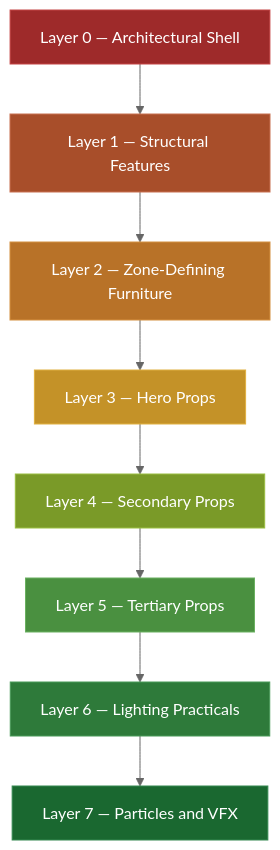
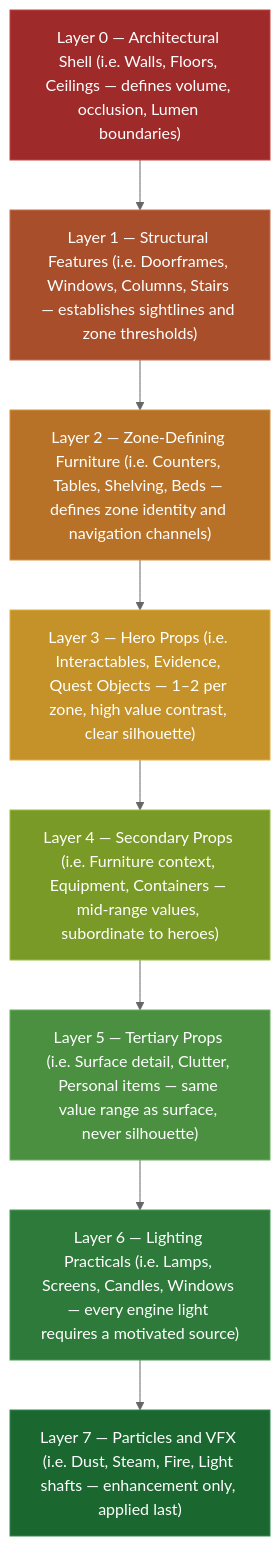
Before and after one commit to nmcguinness/L8-3DGD-Module-Content: the diagram in Notes/interior_level_design.md, drawn with Mermaid (neutral theme).

````diff
--- a/Notes/interior_level_design.md
+++ b/Notes/interior_level_design.md
@@ -254,22 +254,22 @@
 ```mermaid
 flowchart TD
-    L0["Layer 0 — Architectural Shell"]
-    L1["Layer 1 — Structural Features"]
-    L2["Layer 2 — Zone-Defining Furniture"]
-    L3["Layer 3 — Hero Props"]
-    L4["Layer 4 — Secondary Props"]
-    L5["Layer 5 — Tertiary Props"]
-    L6["Layer 6 — Lighting Practicals"]
-    L7["Layer 7 — Particles and VFX"]
+ L0["Layer 0 — Architectural Shell (i.e. Walls, Floors, Ceilings — defines volume, occlusion, Lumen boundaries)"]
+    L1["Layer 1 — Structural Features (i.e. Doorframes, Windows, Columns, Stairs — establishes sightlines and zone thresholds)"]
+    L2["Layer 2 — Zone-Defining Furniture (i.e. Counters, Tables, Shelving, Beds — defines zone identity and navigation channels)"]
+    L3["Layer 3 — Hero Props (i.e. Interactables, Evidence, Quest Objects — 1–2 per zone, high value contrast, clear silhouette)"]
+    L4["Layer 4 — Secondary Props (i.e. Furniture context, Equipment, Containers — mid-range values, subordinate to heroes)"]
+    L5["Layer 5 — Tertiary Props (i.e. Surface detail, Clutter, Personal items — same value range as surface, never silhouette)"]
+    L6["Layer 6 — Lighting Practicals (i.e. Lamps, Screens, Candles, Windows — every engine light requires a motivated source)"]
+    L7["Layer 7 — Particles and VFX (i.e. Dust, Steam, Fire, Light shafts — enhancement only, applied last)"]
 
     L0 --> L1 --> L2 --> L3 --> L4 --> L5 --> L6 --> L7
 
   style L0 fill:#9E2A2A,color:#ffffff,stroke:#C44444
     style L1 fill:#A84E2A,color:#ffffff,stroke:#C87050
     style L2 fill:#B87228,color:#ffffff,stroke:#D49040
     style L3 fill:#C49228,color:#ffffff,stroke:#E0B040
     style L4 fill:#7A9A28,color:#ffffff,stroke:#9ABE40
     style L5 fill:#4A9040,color:#ffffff,stroke:#6AB060
     style L6 fill:#2E7A3A,color:#ffffff,stroke:#489A58
     style L7 fill:#1A6830,color:#ffffff,stroke:#348850
 ```
````
